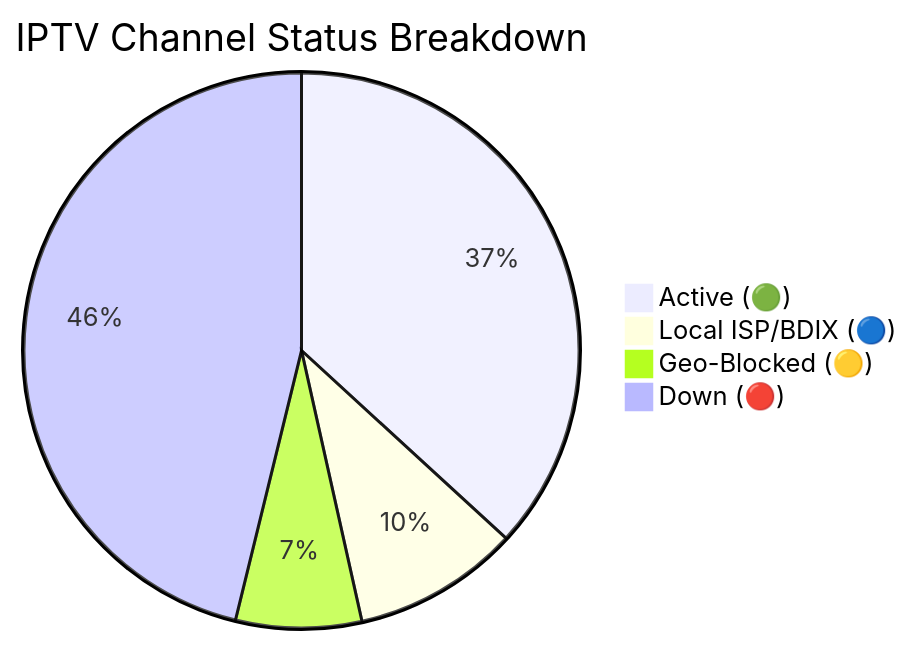
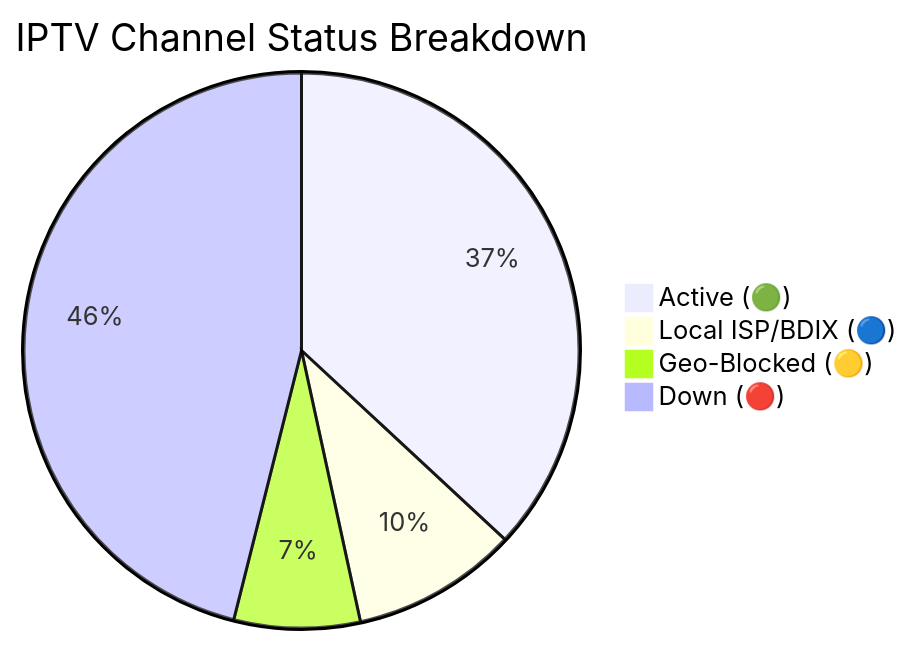
Before and after one commit to Zaman-Topu/Ip-tv-Collection: the diagram in README.md, drawn with Mermaid. The commit also changed other lines of this file and 1 other file, not shown here.

Commit message:
docs(readme): auto-update daily channel status chart

````diff
--- a/README.md
+++ b/README.md
@@ -59,7 +59,7 @@
 ```mermaid
 pie title IPTV Channel Status Breakdown
-    "Active (🟢)" : 2917
+    "Active (🟢)" : 2924
     "Local ISP/BDIX (🔵)" : 767
-    "Geo-Blocked (🟡)" : 580
-    "Down (🔴)" : 3658
+    "Geo-Blocked (🟡)" : 581
+    "Down (🔴)" : 3650
 ```
````
